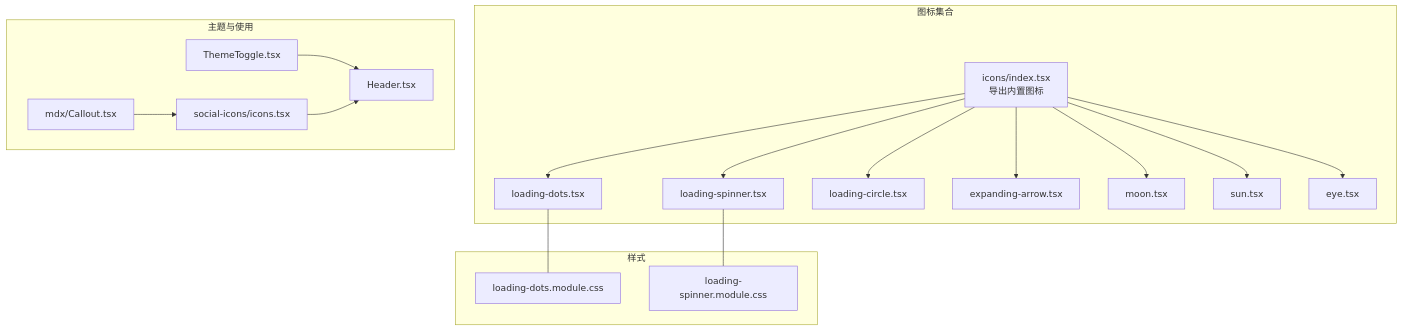
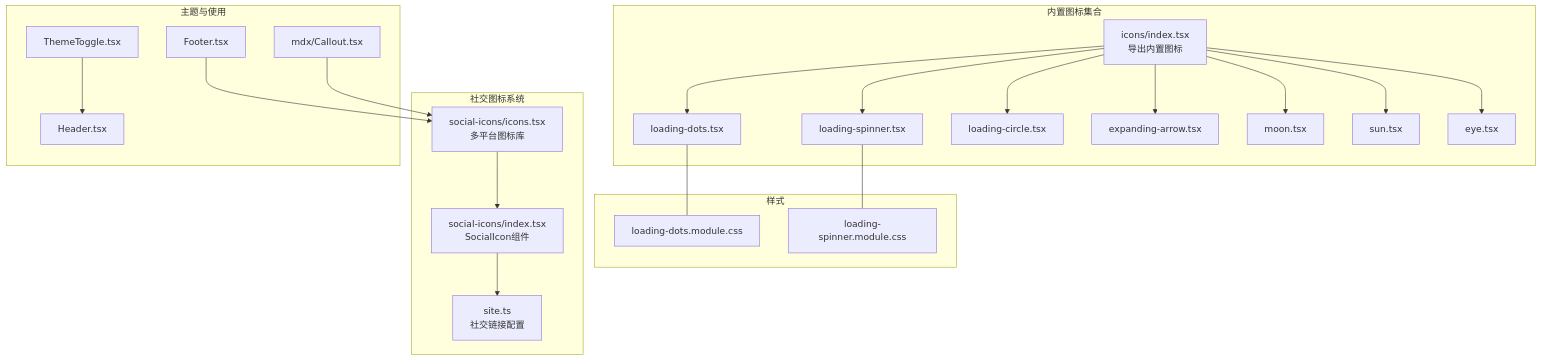
One commit to billychou/linkedin-answer changed the first of 7 diagrams in .qoder/repowiki/zh/content/用户界面组件/图标组件.md. Above: the diagram before and after it, drawn with Mermaid. The commit also changed other lines of this file and 10 other files, not shown here.

````diff
--- a/.qoder/repowiki/zh/content/用户界面组件/图标组件.md
+++ b/.qoder/repowiki/zh/content/用户界面组件/图标组件.md
@@ -47,35 +58,42 @@
 ```mermaid
 graph TB
-subgraph "图标集合"
+subgraph "内置图标集合"
 A["icons/index.tsx<br/>导出内置图标"]
 B["loading-dots.tsx"]
 C["loading-spinner.tsx"]
 D["loading-circle.tsx"]
 E["expanding-arrow.tsx"]
 F["moon.tsx"]
 G["sun.tsx"]
 H["eye.tsx"]
 end
+subgraph "社交图标系统"
+I["social-icons/icons.tsx<br/>多平台图标库"]
+J["social-icons/index.tsx<br/>SocialIcon组件"]
+K["site.ts<br/>社交链接配置"]
+end
 subgraph "样式"
 S1["loading-dots.module.css"]
 S2["loading-spinner.module.css"]
 end
 subgraph "主题与使用"
 T["ThemeToggle.tsx"]
 U["Header.tsx"]
-V["social-icons/icons.tsx"]
+V["Footer.tsx"]
 W["mdx/Callout.tsx"]
 end
 A --> B
 A --> C
 A --> D
 A --> E
 A --> F
 A --> G
 A --> H
 B --- S1
 C --- S2
+I --> J
+J --> K
 T --> U
-V --> U
-W --> V
+V --> I
+W --> I
 ```
````
